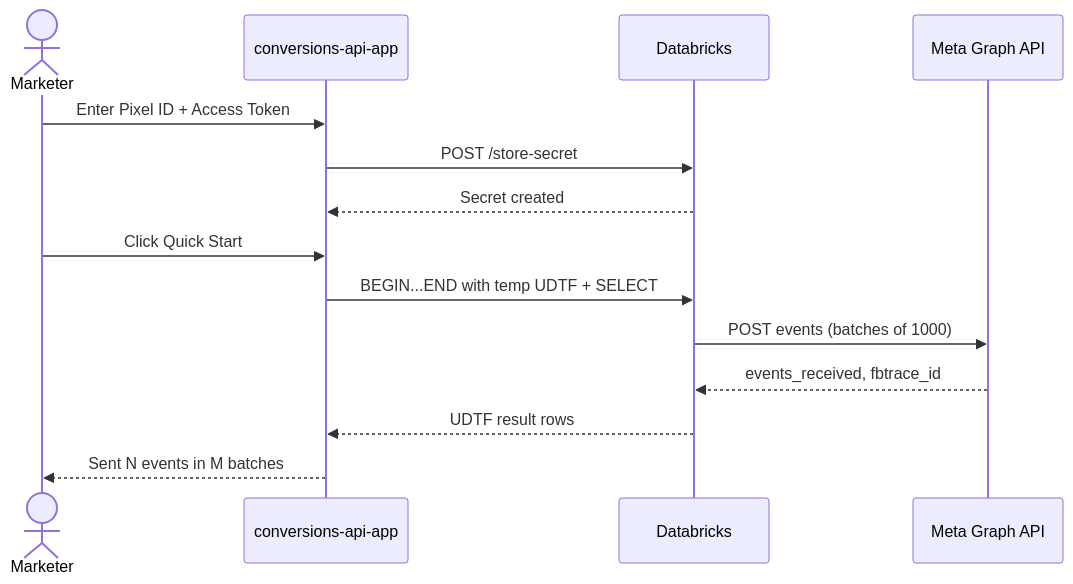
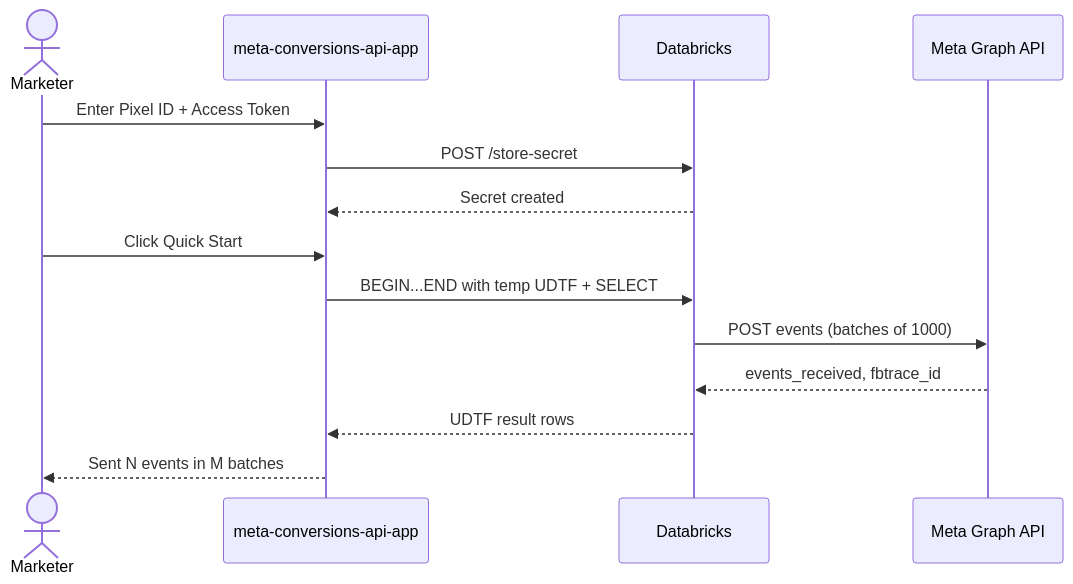
Before and after one commit to databrickslabs/meta-conversions-api-app: the second of 3 diagrams in docs/architecture.md, drawn with Mermaid. The commit also changed other lines of this file and 20 other files, not shown here.

First line of the commit message:
Rename app and references to meta-conversions-api-app

````diff
--- a/docs/architecture.md
+++ b/docs/architecture.md
@@ -34,17 +34,17 @@
 ```mermaid
 sequenceDiagram
     actor User as Marketer
-    participant App as conversions-api-app
+    participant App as meta-conversions-api-app
     participant DB as Databricks
     participant Meta as Meta Graph API
 
     User->>App: Enter Pixel ID + Access Token
     App->>DB: POST /store-secret
     DB-->>App: Secret created
     User->>App: Click Quick Start
     App->>DB: BEGIN...END with temp UDTF + SELECT
     DB->>Meta: POST events (batches of 1000)
     Meta-->>DB: events_received, fbtrace_id
     DB-->>App: UDTF result rows
     App-->>User: Sent N events in M batches
 ```
````
